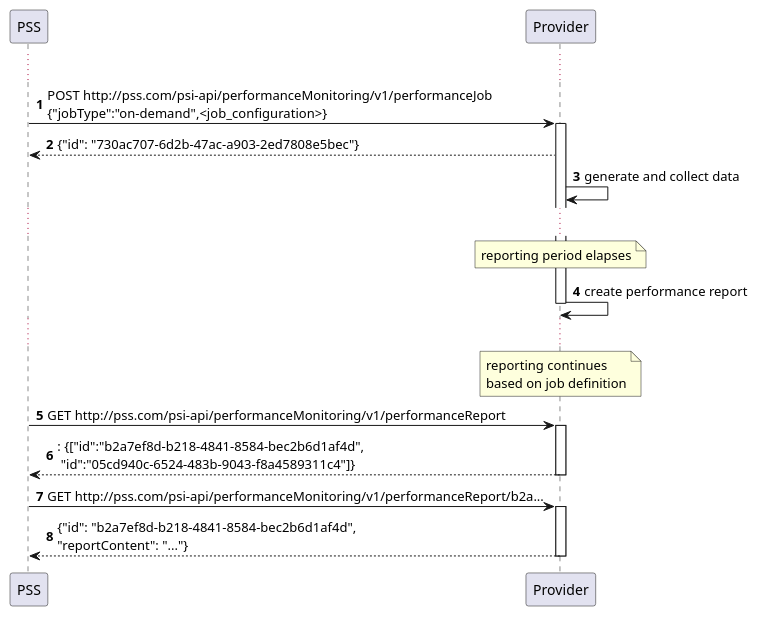
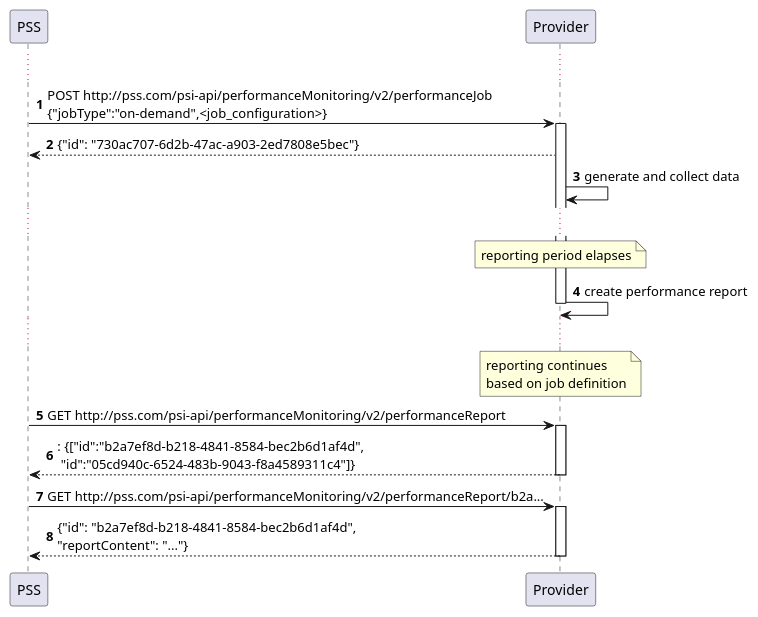
Before and after one commit to psi-consortium/psi: the first of 2 diagrams in doc/PSI/PSI-TOD/tasks/TOD-06-04-Performance_Monitoring_Job_Management.md, drawn with PlantUML. The commit also changed 1093 other files, not shown here.

````diff
--- a/doc/PSI/PSI-TOD/tasks/TOD-06-04-Performance_Monitoring_Job_Management.md
+++ b/doc/PSI/PSI-TOD/tasks/TOD-06-04-Performance_Monitoring_Job_Management.md
@@ -16,29 +16,29 @@
 ```plantuml
 @startuml
 participant PSS
 participant Provider as PVD
 
 autonumber
 
 ...
-PSS -> PVD  : POST http://pss.com/psi-api/performanceMonitoring/v1/performanceJob\n{"jobType":"on-demand",<job_configuration>}
+PSS -> PVD  : POST http://pss.com/psi-api/performanceMonitoring/v2/performanceJob\n{"jobType":"on-demand",<job_configuration>}
 activate PVD
 PVD --> PSS: {"id": "730ac707-6d2b-47ac-a903-2ed7808e5bec"}
 
 PVD -> PVD: generate and collect data
 ...
 note over PVD: reporting period elapses
 PVD -> PVD: create performance report
 deactivate PVD
 ...
 
 note over PVD: reporting continues\nbased on job definition
 
-PSS -> PVD ++ : GET http://pss.com/psi-api/performanceMonitoring/v1/performanceReport
+PSS -> PVD ++ : GET http://pss.com/psi-api/performanceMonitoring/v2/performanceReport
 return: {["id":"b2a7ef8d-b218-4841-8584-bec2b6d1af4d",\n "id":"05cd940c-6524-483b-9043-f8a4589311c4"]}
 
-PSS -> PVD ++ : GET http://pss.com/psi-api/performanceMonitoring/v1/performanceReport/b2a...
+PSS -> PVD ++ : GET http://pss.com/psi-api/performanceMonitoring/v2/performanceReport/b2a...
 return {"id": "b2a7ef8d-b218-4841-8584-bec2b6d1af4d",\n"reportContent": "..."}
 
 @enduml
 ```
````
